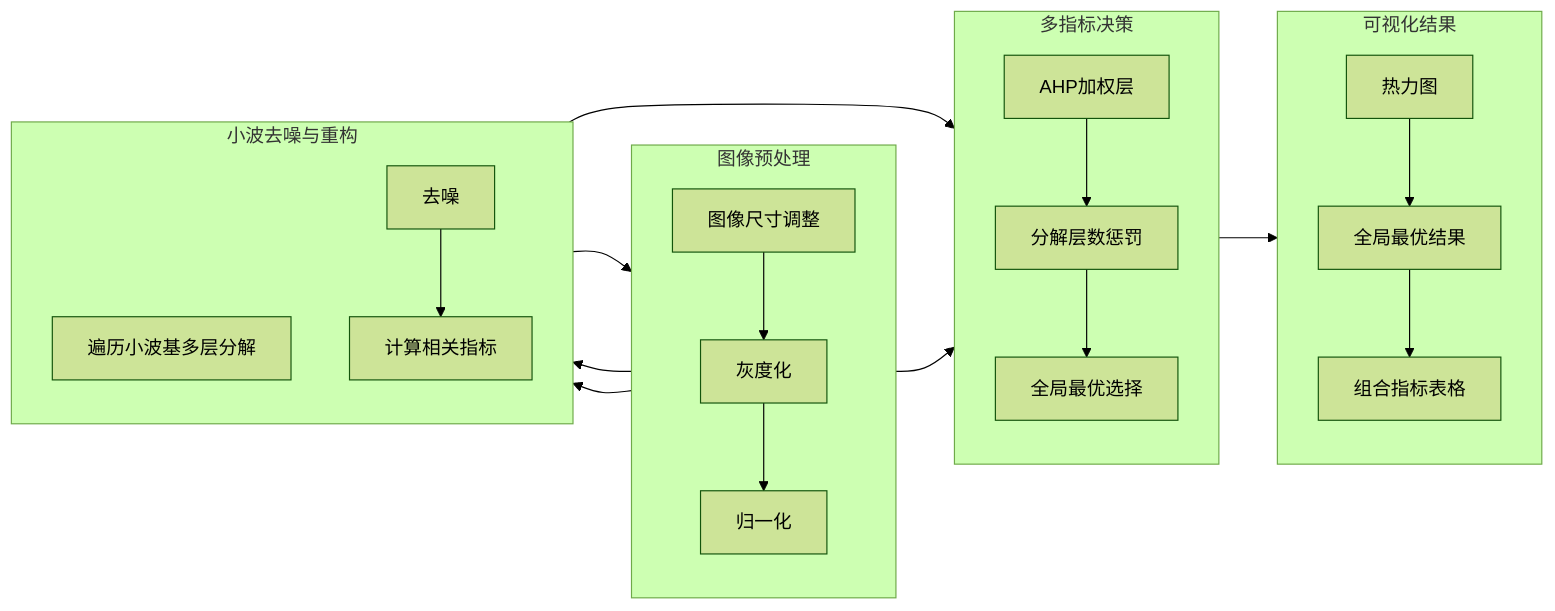
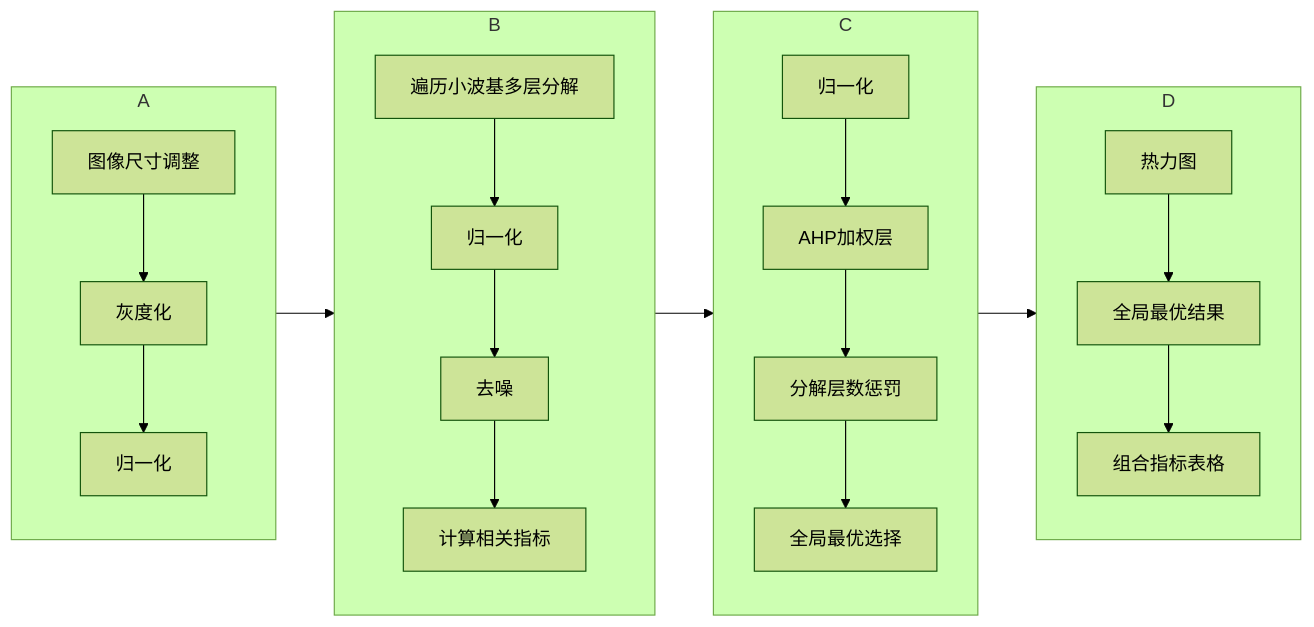
The diagram in all/未命名.md (Linziyang1026/iodraw-files), drawn with Mermaid (forest theme) before and after one commit.

Commit message:
2025-05-11 00:13:10 update

````diff
--- a/all/未命名.md
+++ b/all/未命名.md
@@ -1,22 +1,16 @@
 ```mermaid
-
-
 graph LR
-    subgraph 图像预处理
-        direction TD
-        图像尺寸调整 --> 灰度化 --> 归一化
+    A[图像预处理] --> B[小波去噪与重构] --> C[多指标决策] --> D[可视化结果]
+    subgraph A
+        A1[图像尺寸调整] --> A2[灰度化] --> A3[归一化]
     end
-    subgraph 小波去噪与重构
-        direction TD
-        遍历小波基多层分解 --> 归一化 --> 去噪 --> 计算相关指标
+    subgraph B
+        B1[遍历小波基多层分解] --> B2[归一化] --> B3[去噪] --> B4[计算相关指标]
     end
-    subgraph 多指标决策
-        direction TD
-        归一化 --> AHP加权层 --> 分解层数惩罚 --> 全局最优选择
+    subgraph C
+        C1[归一化] --> C2[AHP加权层] --> C3[分解层数惩罚] --> C4[全局最优选择]
     end
-    subgraph 可视化结果
-        direction TD
-        热力图 --> 全局最优结果 --> 组合指标表格
+    subgraph D
+        D1[热力图] --> D2[全局最优结果] --> D3[组合指标表格]
     end
-    图像预处理 --> 小波去噪与重构 --> 多指标决策 --> 可视化结果
 ```
````
